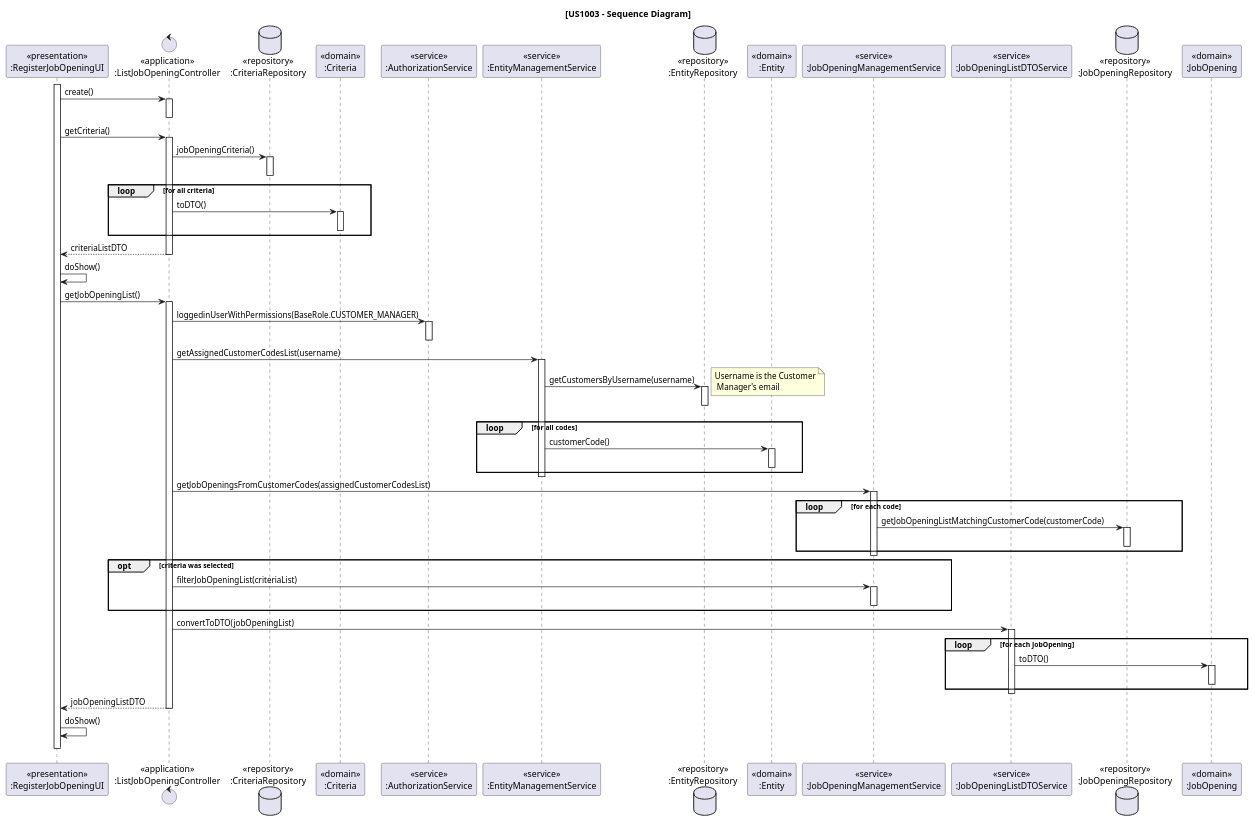
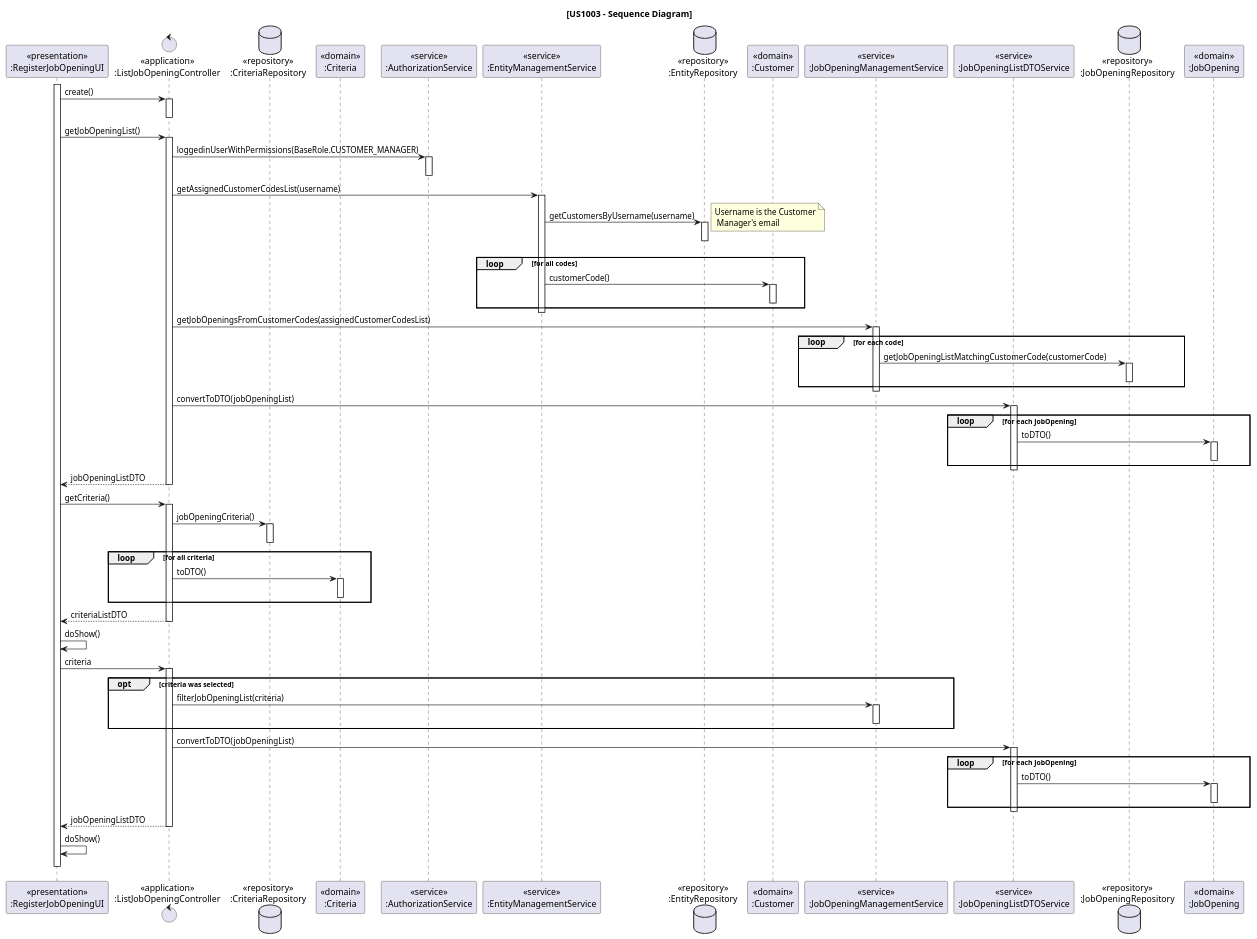
One commit to rita-barbosa/LAPR4-2324 changed the diagram in docs/sb_us_1003/US1003_SD/us1003_sd.puml. Above: the diagram before and after it, drawn with PlantUML. The commit also changed 2 other files, not shown here.

Commit message:
docs: US1003 design diagrams documentation update
[#111]

```diff
--- a/docs/sb_us_1003/US1003_SD/us1003_sd.puml
+++ b/docs/sb_us_1003/US1003_SD/us1003_sd.puml
@@ -1,102 +1,120 @@
 @startuml US1003_SD
 
 title [US1003 - Sequence Diagram]
 
 participant "<<presentation>>\n:RegisterJobOpeningUI" as UI
 control "<<application>>\n:ListJobOpeningController" as CTRL
 database "<<repository>>\n:CriteriaRepository" as CriteriaRepository
 participant "<<domain>>\n:Criteria" as Criteria
 participant "<<service>>\n:AuthorizationService" as AuthSvc
 participant "<<service>>\n:EntityManagementService" as EntityManagement
 database "<<repository>>\n:EntityRepository" as EntityRepository
-participant "<<domain>>\n:Entity" as Entity
+participant "<<domain>>\n:Customer" as Customer
 participant "<<service>>\n:JobOpeningManagementService" as JobManagement
 participant "<<service>>\n:JobOpeningListDTOService" as JobOpeningListDTO
 database "<<repository>>\n:JobOpeningRepository" as JobOpeningRepository
 participant "<<domain>>\n:JobOpening" as JobOpening
 
 activate UI
 
 UI -> CTRL : create()
 
 activate CTRL
+deactivate CTRL
+
+UI -> CTRL : getJobOpeningList()
+activate CTRL
+
+    CTRL -> AuthSvc : loggedinUserWithPermissions(BaseRole.CUSTOMER_MANAGER)
+    activate AuthSvc
+    deactivate AuthSvc
+
+    CTRL -> EntityManagement : getAssignedCustomerCodesList(username)
+    activate EntityManagement
+
+        EntityManagement -> EntityRepository : getCustomersByUsername(username)
+        note right: Username is the Customer\n Manager's email
+        activate EntityRepository
+        deactivate EntityRepository
+
+        loop for all codes
+            EntityManagement -> Customer : customerCode()
+            activate Customer
+            deactivate Customer
+        end loop
+
+    deactivate EntityManagement
+
+    CTRL -> JobManagement : getJobOpeningsFromCustomerCodes(assignedCustomerCodesList)
+    activate JobManagement
+        loop for each code
+        JobManagement -> JobOpeningRepository : getJobOpeningListMatchingCustomerCode(customerCode)
+        activate JobOpeningRepository
+        deactivate JobOpeningRepository
+        end loop
+    deactivate JobManagement
+
+CTRL -> JobOpeningListDTO : convertToDTO(jobOpeningList)
+activate JobOpeningListDTO
+
+    loop for each JobOpening
+        JobOpeningListDTO -> JobOpening : toDTO()
+        activate JobOpening
+        deactivate JobOpening
+    end loop
+deactivate JobOpeningListDTO
+
+CTRL --> UI : jobOpeningListDTO
 deactivate CTRL
 
 UI -> CTRL : getCriteria()
 activate CTRL
 
 
     CTRL -> CriteriaRepository : jobOpeningCriteria()
     activate CriteriaRepository
     deactivate CriteriaRepository
 
     loop for all criteria
 
         CTRL -> Criteria : toDTO()
         activate Criteria
         deactivate Criteria
 
     end loop
 
     CTRL --> UI : criteriaListDTO
     deactivate CTRL
 
 UI -> UI : doShow()
 
-UI -> CTRL : getJobOpeningList()
+UI -> CTRL : criteria
 activate CTRL
 
-    CTRL -> AuthSvc : loggedinUserWithPermissions(BaseRole.CUSTOMER_MANAGER)
-    activate AuthSvc
-    deactivate AuthSvc
-
-    CTRL -> EntityManagement : getAssignedCustomerCodesList(username)
-    activate EntityManagement
-
-        EntityManagement -> EntityRepository : getCustomersByUsername(username)
-        note right: Username is the Customer\n Manager's email
-        activate EntityRepository
-        deactivate EntityRepository
-
-        loop for all codes
-            EntityManagement -> Entity : customerCode()
-            activate Entity
-            deactivate Entity
-        end loop
-
-    deactivate EntityManagement
-
-    CTRL -> JobManagement : getJobOpeningsFromCustomerCodes(assignedCustomerCodesList)
-    activate JobManagement
-        loop for each code
-        JobManagement -> JobOpeningRepository : getJobOpeningListMatchingCustomerCode(customerCode)
-        activate JobOpeningRepository
-        deactivate JobOpeningRepository
-        end loop
-    deactivate JobManagement
-
     opt criteria was selected
-        CTRL -> JobManagement : filterJobOpeningList(criteriaList)
+        CTRL -> JobManagement : filterJobOpeningList(criteria)
         activate JobManagement
         deactivate JobManagement
     end opt
 
-    CTRL -> JobOpeningListDTO : convertToDTO(jobOpeningList)
-    activate JobOpeningListDTO
 
-        loop for each JobOpening
-            JobOpeningListDTO -> JobOpening : toDTO()
-            activate JobOpening
-            deactivate JobOpening
-        end loop
-    deactivate JobOpeningListDTO
+CTRL -> JobOpeningListDTO : convertToDTO(jobOpeningList)
+activate JobOpeningListDTO
 
-    CTRL --> UI : jobOpeningListDTO
+    loop for each JobOpening
+        JobOpeningListDTO -> JobOpening : toDTO()
+        activate JobOpening
+        deactivate JobOpening
+    end loop
+deactivate JobOpeningListDTO
+
+CTRL --> UI : jobOpeningListDTO
 deactivate CTRL
+
 
 UI -> UI : doShow()
 UI -[#white]-> UI
 
 deactivate UI
 
 @enduml
```
